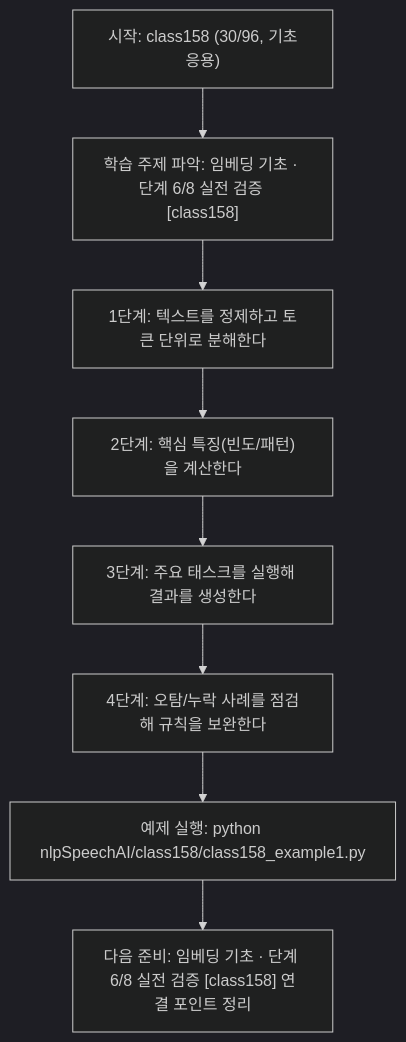
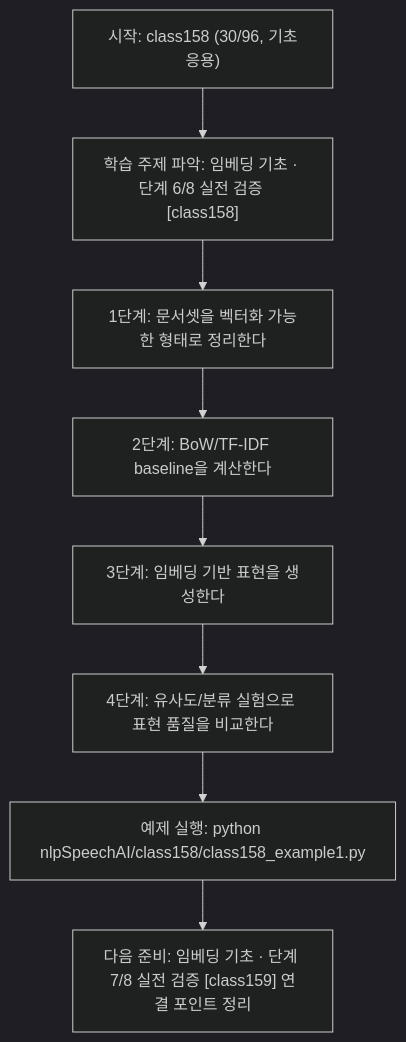
The diagram in nlpSpeechAI/class158/class158.md (edumgt/Python-AI_Agent-Class), drawn with Mermaid (dark theme) before and after one commit. The commit also changed other lines of this file and 1122 other files, not shown here.

````diff
--- a/nlpSpeechAI/class158/class158.md
+++ b/nlpSpeechAI/class158/class158.md
@@ -113,18 +95,18 @@
 ```mermaid
 flowchart TD
 N1["시작: class158 (30/96, 기초응용)"]
 N2["학습 주제 파악: 임베딩 기초 · 단계 6/8 실전 검증 [class158]"]
-N3["1단계: 텍스트를 정제하고 토큰 단위로 분해한다"]
-N4["2단계: 핵심 특징(빈도/패턴)을 계산한다"]
-N5["3단계: 주요 태스크를 실행해 결과를 생성한다"]
-N6["4단계: 오탐/누락 사례를 점검해 규칙을 보완한다"]
+N3["1단계: 문서셋을 벡터화 가능한 형태로 정리한다"]
+N4["2단계: BoW/TF-IDF baseline을 계산한다"]
+N5["3단계: 임베딩 기반 표현을 생성한다"]
+N6["4단계: 유사도/분류 실험으로 표현 품질을 비교한다"]
 N7["예제 실행: python nlpSpeechAI/class158/class158_example1.py"]
-N8["다음 준비: 임베딩 기초 · 단계 6/8 실전 검증 [class158] 연결 포인트 정리"]
+N8["다음 준비: 임베딩 기초 · 단계 7/8 실전 검증 [class159] 연결 포인트 정리"]
 N1 --> N2
 N2 --> N3
 N3 --> N4
 N4 --> N5
 N5 --> N6
 N6 --> N7
 N7 --> N8
 ```
````
